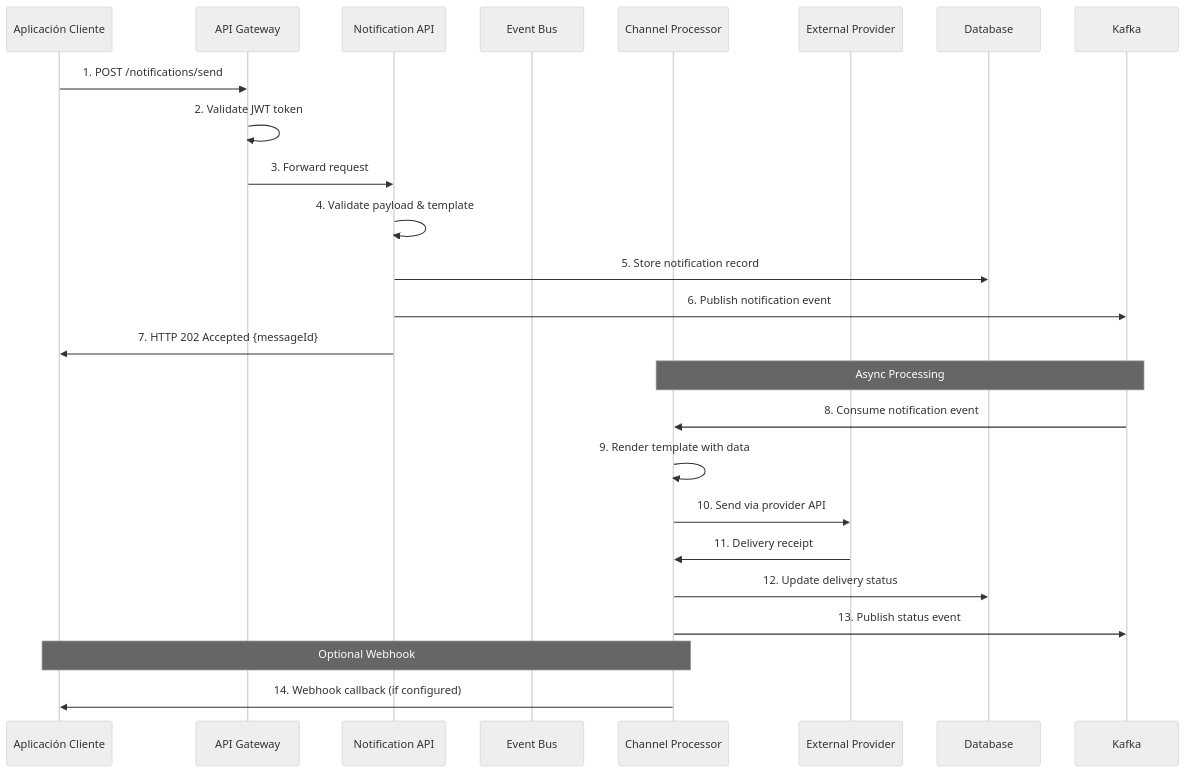
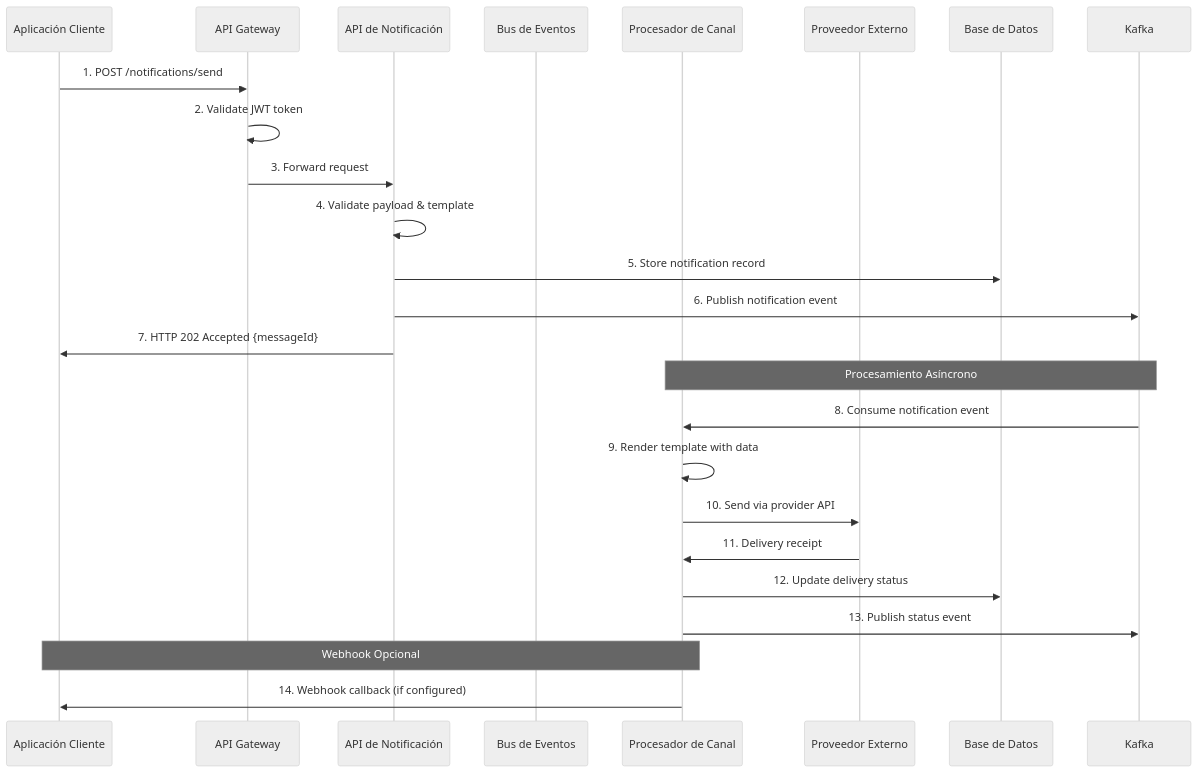
The first of 11 diagrams in docs/servicio-notificacion/06-vista-tiempo-ejecucion.md (jclemente-tlm/tlm-arq-servicios-corporativos), drawn with Mermaid (neutral theme) before and after one commit. The commit also changed other lines of this file and 48 other files, not shown here.

````diff
--- a/docs/servicio-notificacion/06-vista-tiempo-ejecucion.md
+++ b/docs/servicio-notificacion/06-vista-tiempo-ejecucion.md
@@ -22,30 +22,30 @@
 ```mermaid
 sequenceDiagram
     participant App as Aplicación Cliente
     participant Gateway as API Gateway
-    participant API as Notification API
-    participant EventBus as Event Bus
-    participant Processor as Channel Processor
-    participant Provider as External Provider
-    participant DB as Database
+    participant API as API de Notificación
+    participant EventBus as Bus de Eventos
+    participant Processor as Procesador de Canal
+    participant Provider as Proveedor Externo
+    participant DB as Base de Datos
 
     App->>Gateway: 1. POST /notifications/send
     Gateway->>Gateway: 2. Validate JWT token
     Gateway->>API: 3. Forward request
 
     API->>API: 4. Validate payload & template
     API->>DB: 5. Store notification record
     API->>Kafka: 6. Publish notification event
     API->>App: 7. HTTP 202 Accepted {messageId}
 
-    Note over Kafka,Processor: Async Processing
+    Note over Kafka,Processor: Procesamiento Asíncrono
     Kafka->>Processor: 8. Consume notification event
     Processor->>Processor: 9. Render template with data
     Processor->>Provider: 10. Send via provider API
     Provider->>Processor: 11. Delivery receipt
     Processor->>DB: 12. Update delivery status
     Processor->>Kafka: 13. Publish status event
 
-    Note over Processor,App: Optional Webhook
+    Note over Processor,App: Webhook Opcional
     Processor->>App: 14. Webhook callback (if configured)
 ```
````
